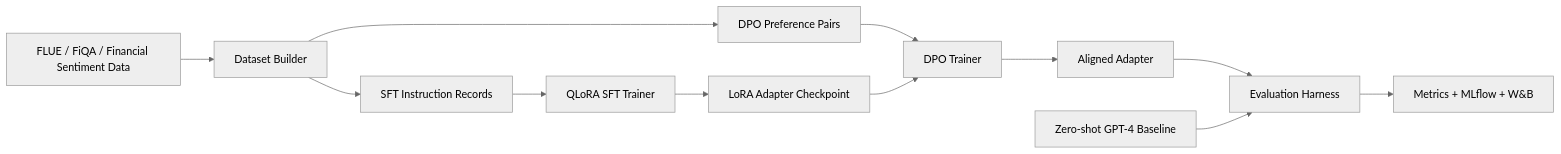
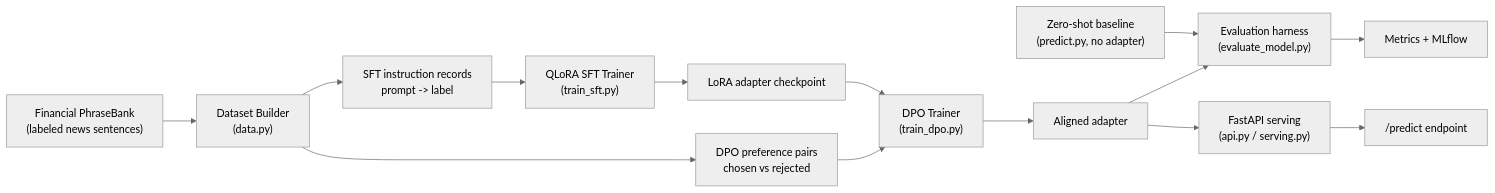
One commit to SoumithReddy6/LLM-Fine-Tuning-with-QLoRA-and-DPO changed the diagram in README.md. Above: the diagram before and after it, drawn with Mermaid (neutral theme). The commit also changed other lines of this file, not shown here.

````diff
--- a/README.md
+++ b/README.md
@@ -27,14 +80,16 @@
 ```mermaid
 flowchart LR
-    A["FLUE / FiQA / Financial Sentiment Data"] --> B["Dataset Builder"]
-    B --> C["SFT Instruction Records"]
-    B --> D["DPO Preference Pairs"]
-    C --> E["QLoRA SFT Trainer"]
-    E --> F["LoRA Adapter Checkpoint"]
-    D --> G["DPO Trainer"]
+    A["Financial PhraseBank<br/>(labeled news sentences)"] --> B["Dataset Builder<br/>(data.py)"]
+    B --> C["SFT instruction records<br/>prompt -> label"]
+    B --> D["DPO preference pairs<br/>chosen vs rejected"]
+    C --> E["QLoRA SFT Trainer<br/>(train_sft.py)"]
+    E --> F["LoRA adapter checkpoint"]
+    D --> G["DPO Trainer<br/>(train_dpo.py)"]
     F --> G
-    G --> H["Aligned Adapter"]
-    H --> I["Evaluation Harness"]
-    J["Zero-shot GPT-4 Baseline"] --> I
-    I --> K["Metrics + MLflow + W&B"]
+    G --> H["Aligned adapter"]
+    H --> I["Evaluation harness<br/>(evaluate_model.py)"]
+    J["Zero-shot baseline<br/>(predict.py, no adapter)"] --> I
+    I --> K["Metrics + MLflow"]
+    H --> L["FastAPI serving<br/>(api.py / serving.py)"]
+    L --> M["/predict endpoint"]
 ```
````
